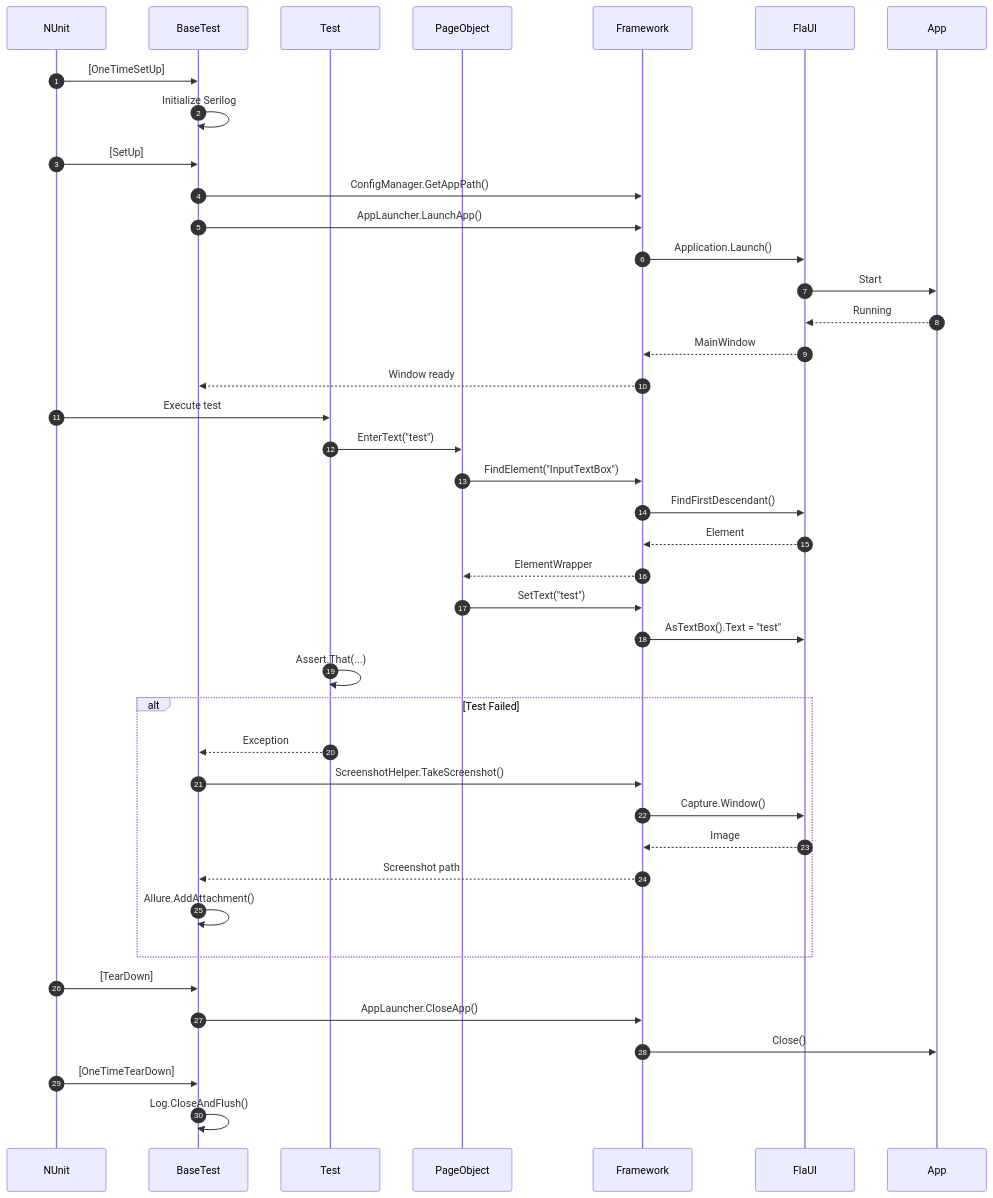
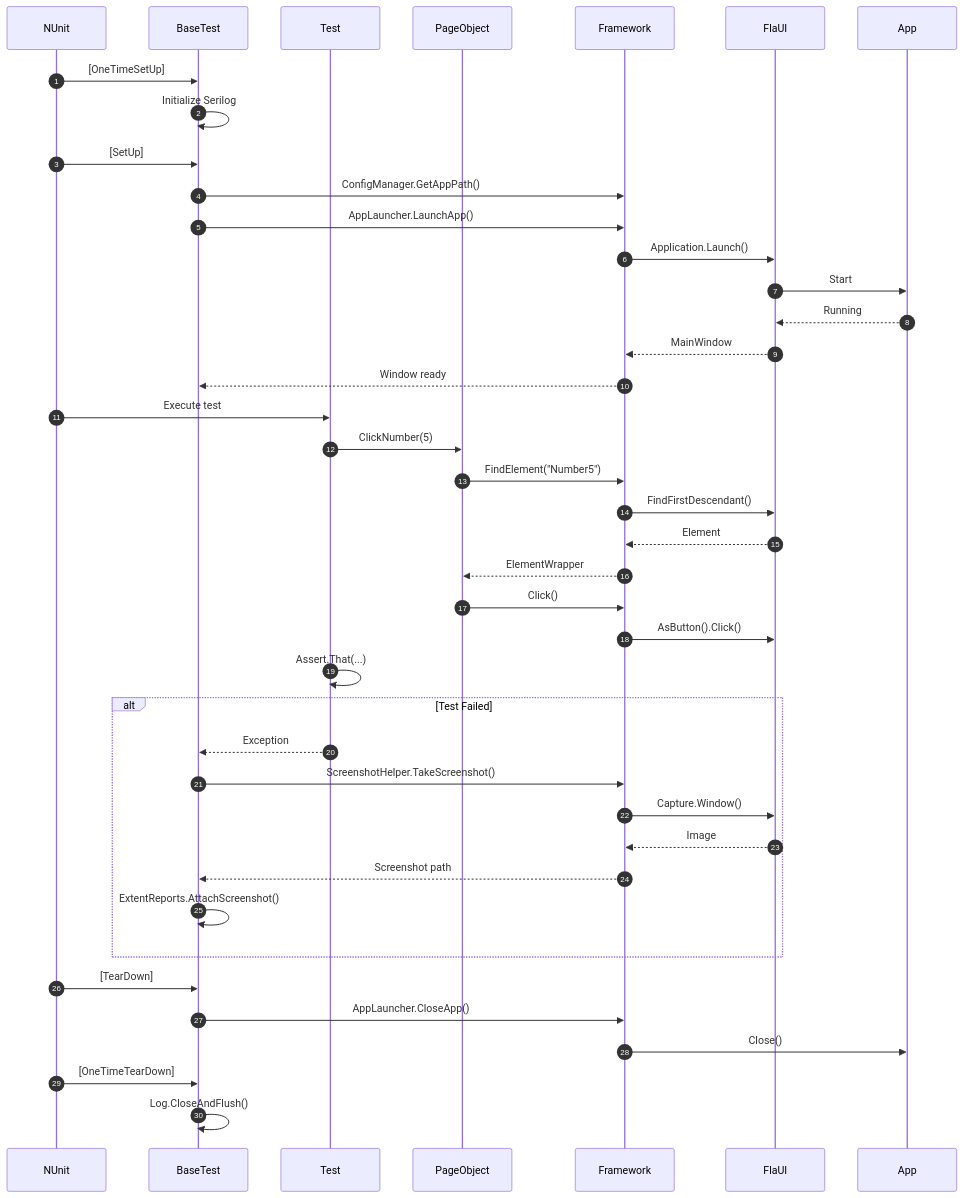
The sixth of 6 diagrams in website/docs/architecture.md (Akradeveloper/Hipos), drawn with Mermaid before and after one commit. The commit also changed other lines of this file and 8 other files, not shown here.

````diff
--- a/website/docs/architecture.md
+++ b/website/docs/architecture.md
@@ -301,50 +344,50 @@
 ```mermaid
 sequenceDiagram
     autonumber
     participant NUnit
     participant BaseTest
     participant Test
     participant PageObject
     participant Framework
     participant FlaUI
     participant App
     
     NUnit->>BaseTest: [OneTimeSetUp]
     BaseTest->>BaseTest: Initialize Serilog
     
     NUnit->>BaseTest: [SetUp]
     BaseTest->>Framework: ConfigManager.GetAppPath()
     BaseTest->>Framework: AppLauncher.LaunchApp()
     Framework->>FlaUI: Application.Launch()
     FlaUI->>App: Start
     App-->>FlaUI: Running
     FlaUI-->>Framework: MainWindow
     Framework-->>BaseTest: Window ready
     
     NUnit->>Test: Execute test
-    Test->>PageObject: EnterText("test")
-    PageObject->>Framework: FindElement("InputTextBox")
+    Test->>PageObject: ClickNumber(5)
+    PageObject->>Framework: FindElement("Number5")
     Framework->>FlaUI: FindFirstDescendant()
     FlaUI-->>Framework: Element
     Framework-->>PageObject: ElementWrapper
-    PageObject->>Framework: SetText("test")
-    Framework->>FlaUI: AsTextBox().Text = "test"
+    PageObject->>Framework: Click()
+    Framework->>FlaUI: AsButton().Click()
     
     Test->>Test: Assert.That(...)
     
     alt Test Failed
         Test-->>BaseTest: Exception
         BaseTest->>Framework: ScreenshotHelper.TakeScreenshot()
         Framework->>FlaUI: Capture.Window()
         FlaUI-->>Framework: Image
         Framework-->>BaseTest: Screenshot path
-        BaseTest->>BaseTest: Allure.AddAttachment()
+        BaseTest->>BaseTest: ExtentReports.AttachScreenshot()
     end
     
     NUnit->>BaseTest: [TearDown]
     BaseTest->>Framework: AppLauncher.CloseApp()
     Framework->>App: Close()
     
     NUnit->>BaseTest: [OneTimeTearDown]
     BaseTest->>BaseTest: Log.CloseAndFlush()
 ```
````
